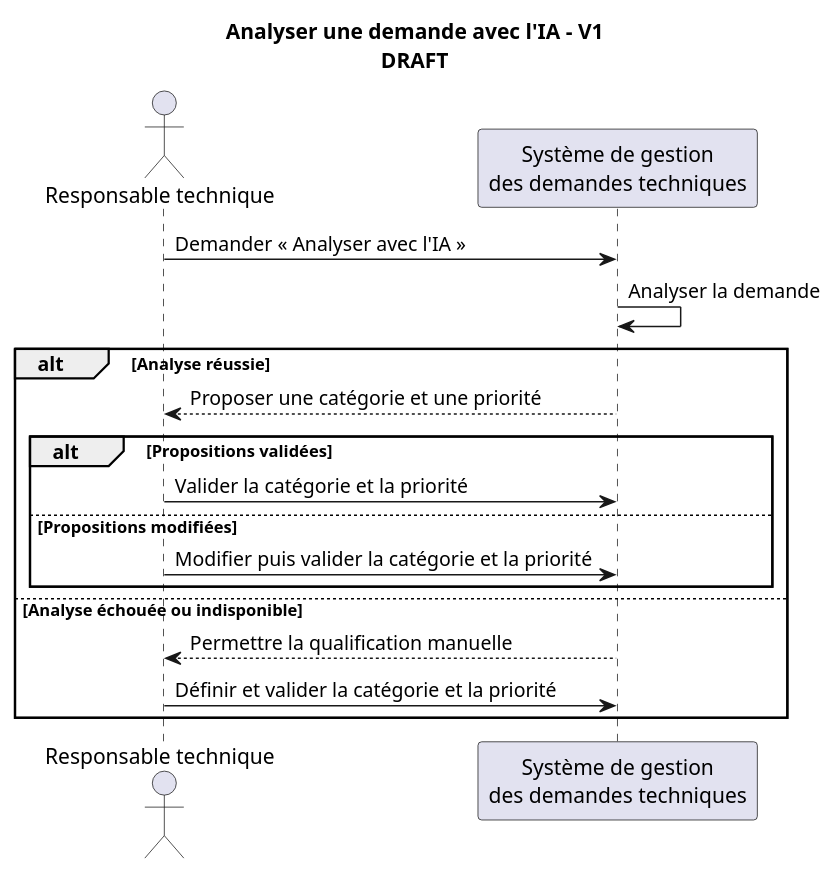
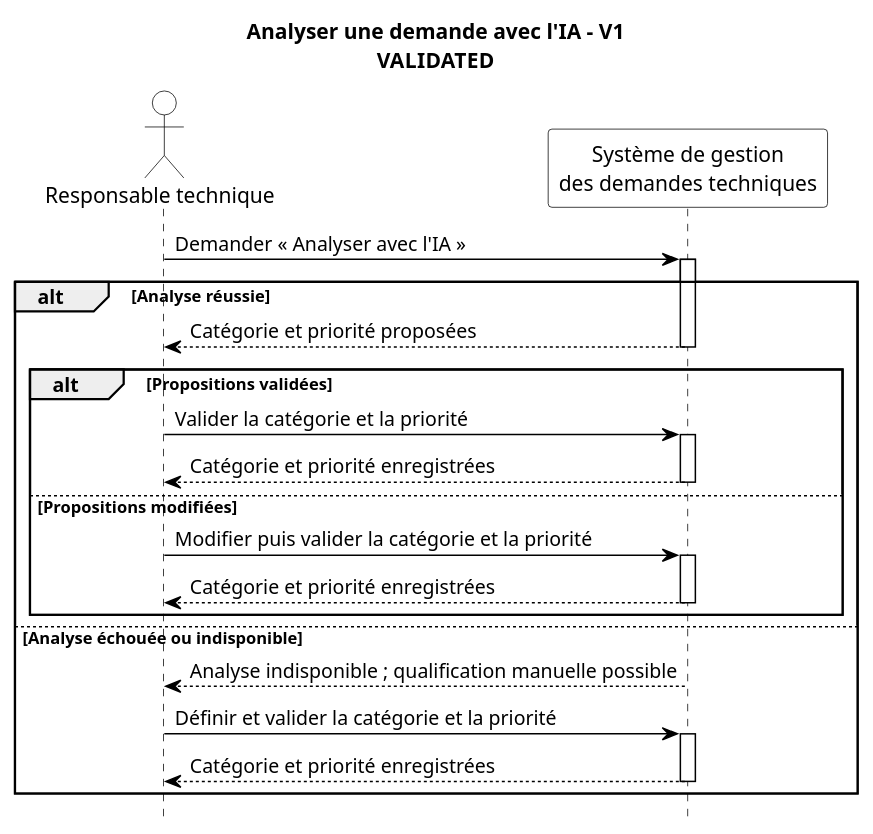
One commit to akrouty/gestion-demandes-techniques changed the diagram in docs/uml/sequence/ai-analysis-v1.puml. Above: the diagram before and after it, drawn with PlantUML. The commit also changed 4 other files, not shown here.

Commit message:
sequnce diagrame validation

```diff
--- a/docs/uml/sequence/ai-analysis-v1.puml
+++ b/docs/uml/sequence/ai-analysis-v1.puml
@@ -1,24 +1,54 @@
 @startuml
 
-' Statut : DRAFT
-title Analyser une demande avec l'IA - V1\nDRAFT
+' Statut : VALIDATED
+title Analyser une demande avec l'IA - V1\nVALIDATED
+
+hide footbox
+skinparam monochrome true
+skinparam shadowing false
+skinparam backgroundColor white
+skinparam sequence {
+  ArrowColor black
+  ActorBorderColor black
+  ActorBackgroundColor white
+  ActorFontColor black
+  ParticipantBorderColor black
+  ParticipantBackgroundColor white
+  ParticipantFontColor black
+  LifeLineBorderColor black
+  LifeLineBackgroundColor white
+  GroupBorderColor black
+  GroupHeaderFontColor black
+  GroupBodyBackgroundColor white
+}
 
 actor "Responsable technique" as RT
 participant "Système de gestion\ndes demandes techniques" as SYSTEM
 
 RT -> SYSTEM : Demander « Analyser avec l'IA »
-SYSTEM -> SYSTEM : Analyser la demande
+activate SYSTEM
 
 alt Analyse réussie
-  SYSTEM --> RT : Proposer une catégorie et une priorité
+  SYSTEM --> RT : Catégorie et priorité proposées
+  deactivate SYSTEM
   alt Propositions validées
     RT -> SYSTEM : Valider la catégorie et la priorité
+    activate SYSTEM
+    SYSTEM --> RT : Catégorie et priorité enregistrées
+    deactivate SYSTEM
   else Propositions modifiées
     RT -> SYSTEM : Modifier puis valider la catégorie et la priorité
+    activate SYSTEM
+    SYSTEM --> RT : Catégorie et priorité enregistrées
+    deactivate SYSTEM
   end
 else Analyse échouée ou indisponible
-  SYSTEM --> RT : Permettre la qualification manuelle
+  SYSTEM --> RT : Analyse indisponible ; qualification manuelle possible
+  deactivate SYSTEM
   RT -> SYSTEM : Définir et valider la catégorie et la priorité
+  activate SYSTEM
+  SYSTEM --> RT : Catégorie et priorité enregistrées
+  deactivate SYSTEM
 end
 
 @enduml
```
